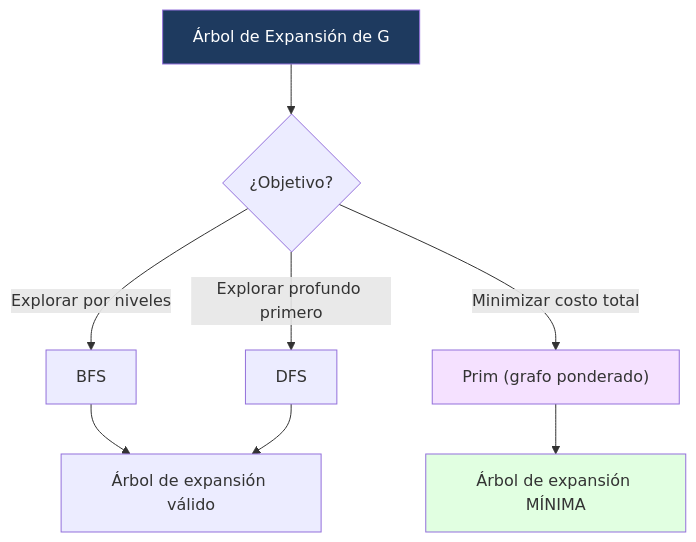
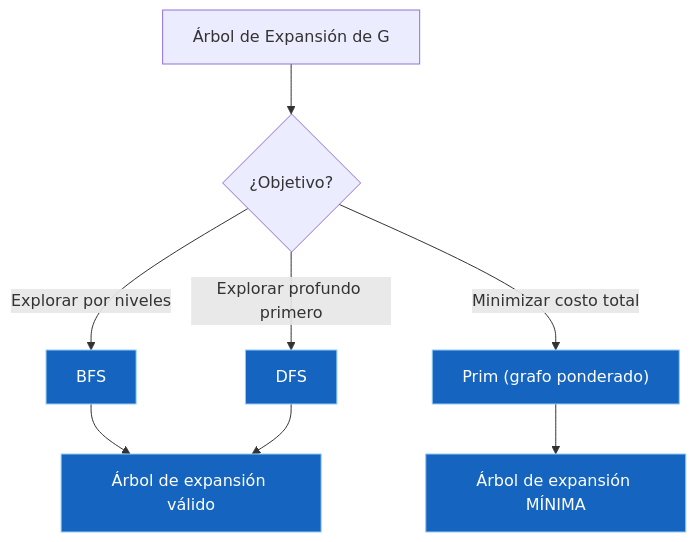
Before and after one commit to Fsteven22/Notas-ESPOL: the first of 2 diagrams in src/site/notes/Universidad/3er Semestre/Matemáticas Discretas/Unidad 5 - Grafos y Árboles/04 - Árboles I - Conceptos Básicos y Árboles de Expansión.md, drawn with Mermaid. The commit also changed other lines of this file and 79 other files, not shown here.

````diff
--- a/src/site/notes/Universidad/3er Semestre/Matemáticas Discretas/Unidad 5 - Grafos y Árboles/04 - Árboles I - Conceptos Básicos y Árboles de Expansión.md
+++ b/src/site/notes/Universidad/3er Semestre/Matemáticas Discretas/Unidad 5 - Grafos y Árboles/04 - Árboles I - Conceptos Básicos y Árboles de Expansión.md
@@ -261,14 +278,16 @@
 ```mermaid
 graph TD
     A[Árbol de Expansión de G] --> B{"¿Objetivo?"}
     B -->|Explorar por niveles| C[BFS]
     B -->|Explorar profundo primero| D[DFS]
     B -->|Minimizar costo total| E["Prim (grafo ponderado)"]
     C --> F[Árbol de expansión válido]
     D --> F
     E --> G[Árbol de expansión MÍNIMA]
+    style C fill:#1565C0,color:#FFFFFF,stroke:#90CAF9,stroke-width:1px
+    style D fill:#1565C0,color:#FFFFFF,stroke:#90CAF9,stroke-width:1px
+    style E fill:#1565C0,color:#FFFFFF,stroke:#90CAF9,stroke-width:1px
+    style F fill:#1565C0,color:#FFFFFF,stroke:#90CAF9,stroke-width:1px
+    style G fill:#1565C0,color:#FFFFFF,stroke:#90CAF9,stroke-width:1px
 
-    style A fill:#1e3a5f,color:#fff
-    style E fill:#f5e1ff
-    style G fill:#e1ffe1
 ```
````
